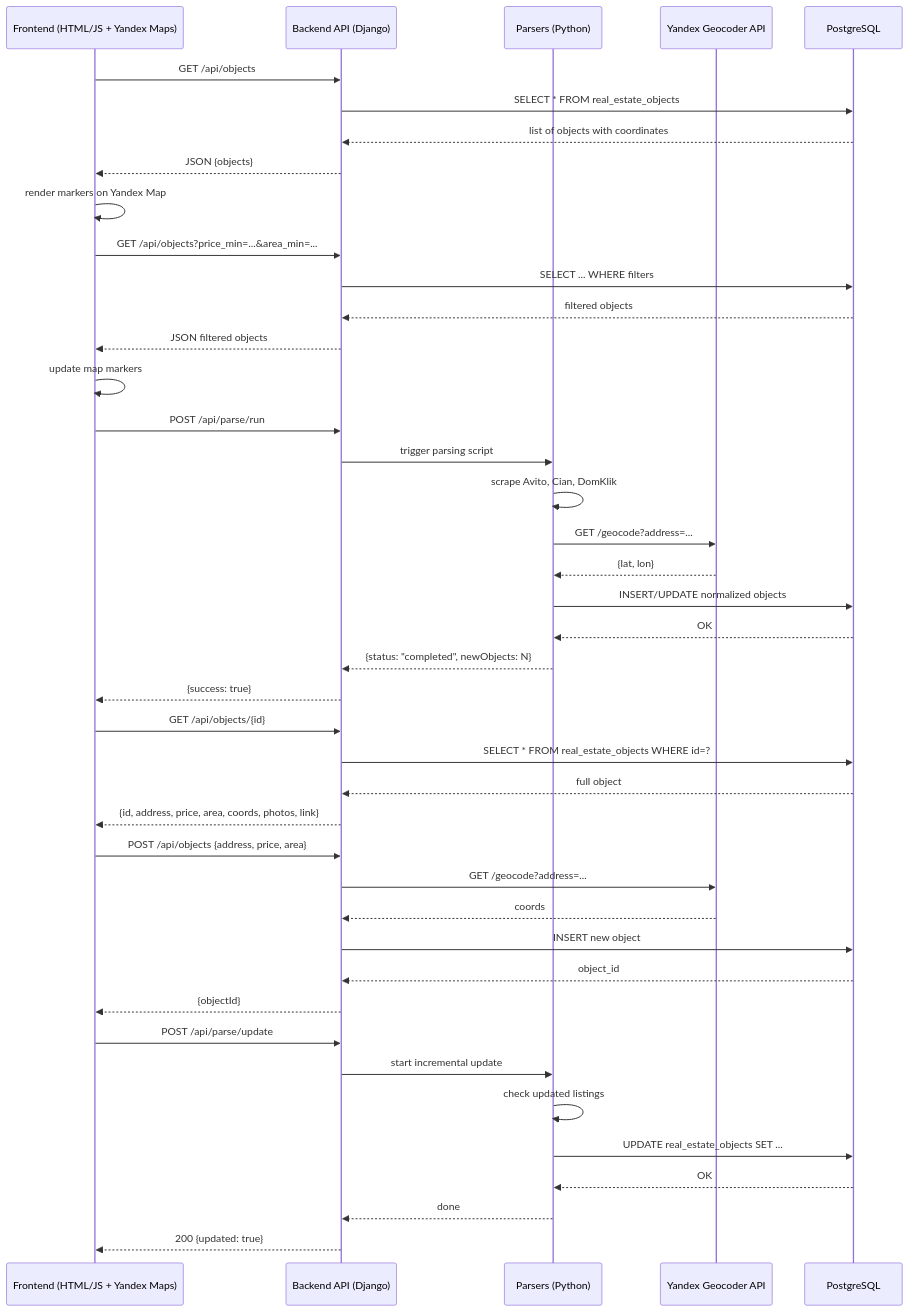
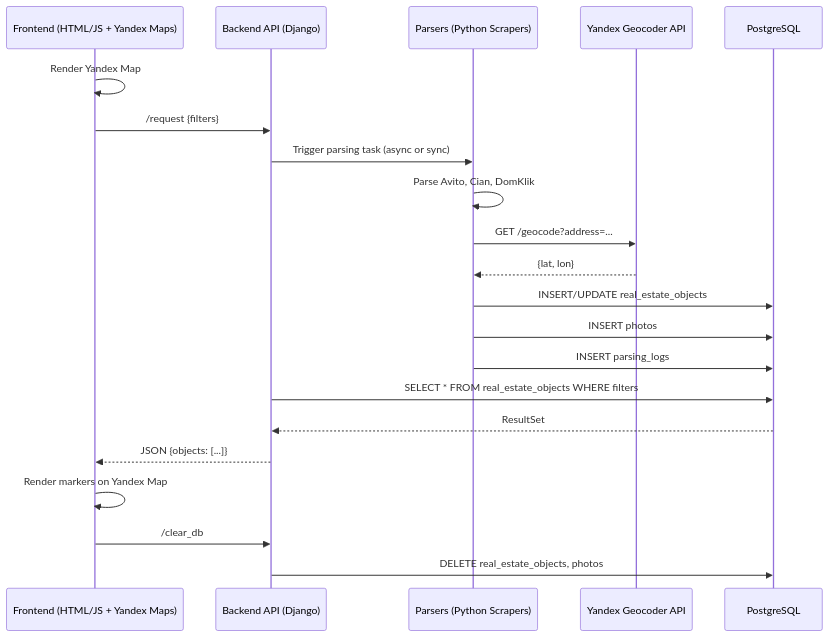
One commit to BruhWhyMeHaveNoIdea/hackathon changed the diagram in docs/scheme.md. Above: the diagram before and after it, drawn with Mermaid.

````diff
--- a/docs/scheme.md
+++ b/docs/scheme.md
@@ -1,62 +1,41 @@
 ```mermaid
 sequenceDiagram
     participant Front as Frontend (HTML/JS + Yandex Maps)
     participant API as Backend API (Django)
-    participant Parser as Parsers (Python)
+    participant Parser as Parsers (Python Scrapers)
     participant Geo as Yandex Geocoder API
     participant DB as PostgreSQL
 
+    %% === Старт работы ===
+    Front ->> Front: Render Yandex Map
 
-    %% === Запуск и загрузка карты ===
-    Front->>API: GET /api/objects
-    API->>DB: SELECT * FROM real_estate_objects
-    DB-->>API: list of objects with coordinates
-    API-->>Front: JSON {objects}
-    Front->>Front: render markers on Yandex Map
+    %% === Пользователь вводит требования банка ===
+    Front ->> API: /request {filters}
 
+    API ->> Parser: Trigger parsing task (async or sync)
+    Parser ->> Parser: Parse Avito, Cian, DomKlik
 
-    %% === Фильтрация на странице ===
-    Front->>API: GET /api/objects?price_min=...&area_min=...
-    API->>DB: SELECT ... WHERE filters
-    DB-->>API: filtered objects
-    API-->>Front: JSON filtered objects
-    Front->>Front: update map markers
+    %% === Геокодирование ===
+    Parser ->> Geo: GET /geocode?address=...
+    Geo -->> Parser: {lat, lon}
 
+    %% === Сохранение ===
+    Parser ->> DB: INSERT/UPDATE real_estate_objects
+    Parser ->> DB: INSERT photos
+    Parser ->> DB: INSERT parsing_logs
 
-    %% === Старт парсинга объектов ===
-    Front->>API: POST /api/parse/run
-    API->>Parser: trigger parsing script
-    Parser->>Parser: scrape Avito, Cian, DomKlik
-    Parser->>Geo: GET /geocode?address=...
-    Geo-->>Parser: {lat, lon}
-    Parser->>DB: INSERT/UPDATE normalized objects
-    DB-->>Parser: OK
-    Parser-->>API: {status: "completed", newObjects: N}
-    API-->>Front: {success: true}
+    %% === API запрашивает данные для фронта ===
+    API ->> DB: SELECT * FROM real_estate_objects WHERE filters
+    DB -->> API: ResultSet
 
+    %% === Ответ на фронт ===
+    API -->> Front: JSON {objects: [...]}
 
-    %% === Получение детальной информации по объекту ===
-    Front->>API: GET /api/objects/{id}
-    API->>DB: SELECT * FROM real_estate_objects WHERE id=?
-    DB-->>API: full object
-    API-->>Front: {id, address, price, area, coords, photos, link}
+    %% === Отображение на карте ===
+    Front ->> Front: Render markers on Yandex Map
 
+    %% === Отчистка БД после закрытия запроса ===
+    Front ->> API: /clear_db
+    API ->> DB: DELETE real_estate_objects, photos
 
-    %% === Добавление объекта вручную (опционально) ===
-    Front->>API: POST /api/objects {address, price, area}
-    API->>Geo: GET /geocode?address=...
-    Geo-->>API: coords
-    API->>DB: INSERT new object
-    DB-->>API: object_id
-    API-->>Front: {objectId}
-
-
-    %% === Обновление данных по объектам ===
-    Front->>API: POST /api/parse/update
-    API->>Parser: start incremental update
-    Parser->>Parser: check updated listings
-    Parser->>DB: UPDATE real_estate_objects SET ...
-    DB-->>Parser: OK
-    Parser-->>API: done
-    API-->>Front: 200 {updated: true}
 ```
````
